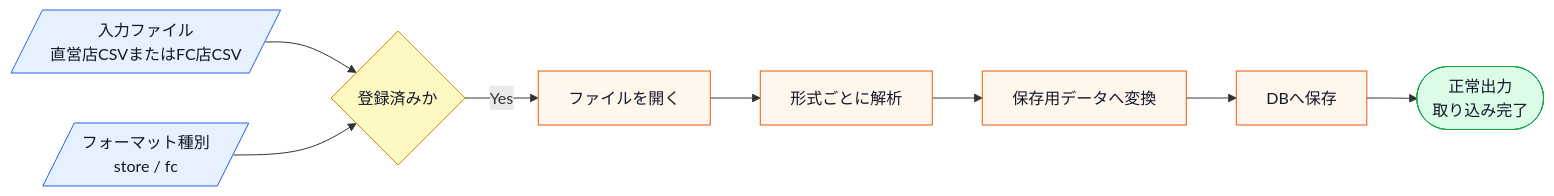
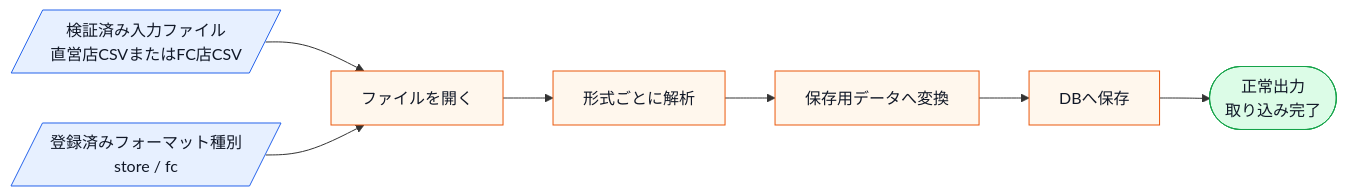
Before and after one commit to kumachan1101-pixel/DesignPattern: the first of 13 diagrams in kindle/design-patterns/output/chapter04.md, drawn with Mermaid. The commit also changed other lines of this file and 20 other files, not shown here.

````diff
--- a/kindle/design-patterns/output/chapter04.md
+++ b/kindle/design-patterns/output/chapter04.md
@@ -57,15 +57,14 @@
 ```mermaid
 flowchart LR
-    A[/入力ファイル<br>直営店CSVまたはFC店CSV/]:::input --> D{登録済みか}:::decision
-    C[/フォーマット種別<br>store / fc/]:::input --> D{登録済みか}:::decision
-    D -->|Yes| E[ファイルを開く]:::process
+    A[/検証済み入力ファイル<br>直営店CSVまたはFC店CSV/]:::input --> E[ファイルを開く]:::process
+    C[/登録済みフォーマット種別<br>store / fc/]:::input --> E
     E --> F[形式ごとに解析]:::process
     F --> G[保存用データへ変換]:::process
     G --> S[DBへ保存]:::process
     S --> H([正常出力<br>取り込み完了]):::normal
 
     classDef input fill:#e7f0ff,stroke:#2563eb,color:#111827;
     classDef process fill:#fff7ed,stroke:#ea580c,color:#111827;
     classDef decision fill:#fef9c3,stroke:#ca8a04,color:#111827;
     classDef normal fill:#dcfce7,stroke:#16a34a,color:#111827;
 ```
````
